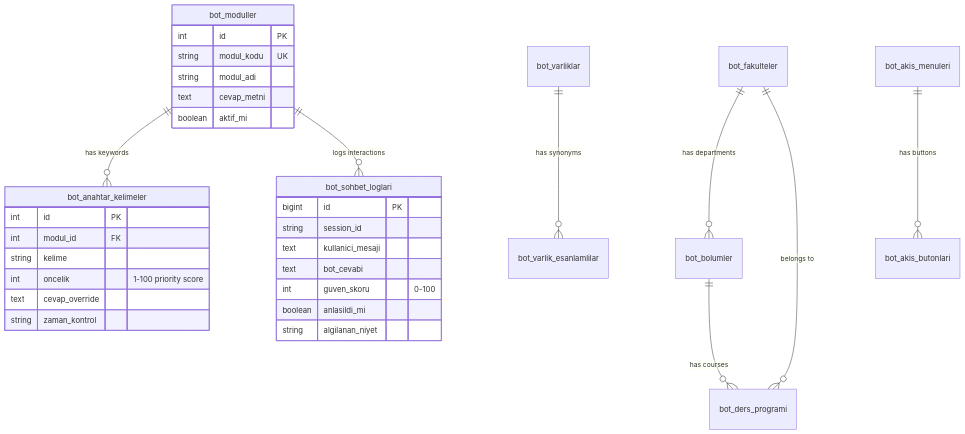
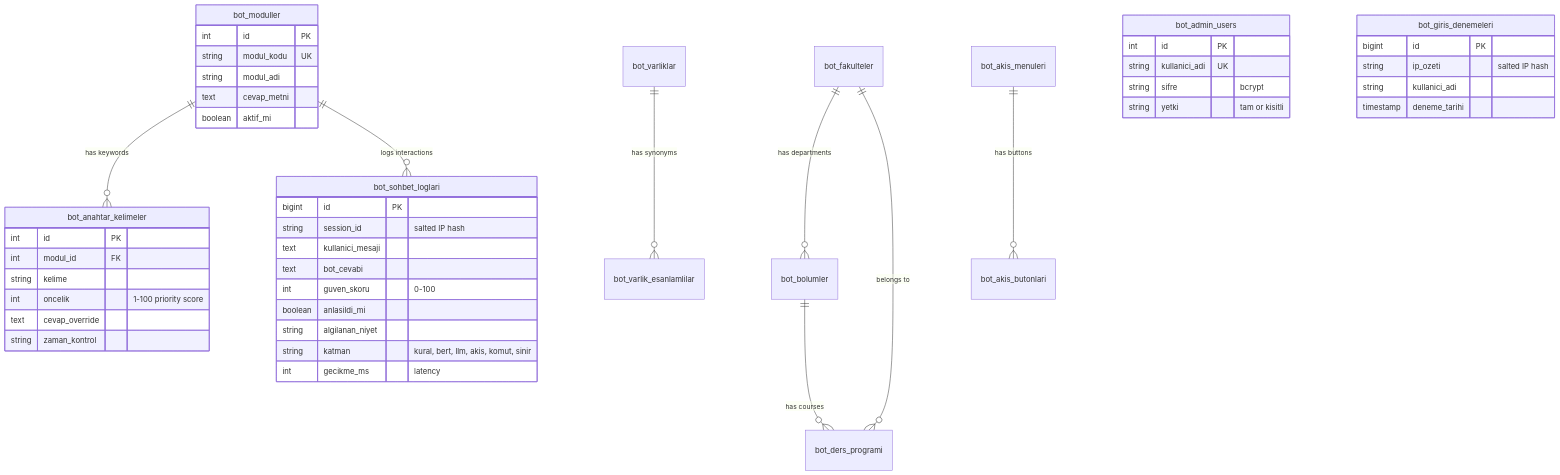
Before and after one commit to TheP4SHA/MistikAI: the second of 2 diagrams in ARCHITECTURE.md, drawn with Mermaid. The commit also changed other lines of this file and 1 other file, not shown here.

First line of the commit message:
docs: update architecture and setup guide for the hardened engine

````diff
--- a/ARCHITECTURE.md
+++ b/ARCHITECTURE.md
@@ -23,37 +28,53 @@
 ```mermaid
 erDiagram
     bot_moduller ||--o{ bot_anahtar_kelimeler : "has keywords"
     bot_moduller ||--o{ bot_sohbet_loglari : "logs interactions"
     bot_fakulteler ||--o{ bot_bolumler : "has departments"
     bot_bolumler ||--o{ bot_ders_programi : "has courses"
     bot_fakulteler ||--o{ bot_ders_programi : "belongs to"
     bot_varliklar ||--o{ bot_varlik_esanlamlilar : "has synonyms"
     bot_akis_menuleri ||--o{ bot_akis_butonlari : "has buttons"
     
     bot_moduller {
         int id PK
         string modul_kodu UK
         string modul_adi
         text cevap_metni
         boolean aktif_mi
     }
     
     bot_anahtar_kelimeler {
         int id PK
         int modul_id FK
         string kelime
         int oncelik "1-100 priority score"
         text cevap_override
         string zaman_kontrol
     }
     
     bot_sohbet_loglari {
         bigint id PK
-        string session_id
+        string session_id "salted IP hash"
         text kullanici_mesaji
         text bot_cevabi
         int guven_skoru "0-100"
         boolean anlasildi_mi
         string algilanan_niyet
+        string katman "kural, bert, llm, akis, komut, sinir"
+        int gecikme_ms "latency"
+    }
+
+    bot_admin_users {
+        int id PK
+        string kullanici_adi UK
+        string sifre "bcrypt"
+        string yetki "tam or kisitli"
+    }
+
+    bot_giris_denemeleri {
+        bigint id PK
+        string ip_ozeti "salted IP hash"
+        string kullanici_adi
+        timestamp deneme_tarihi
     }
 ```
````
